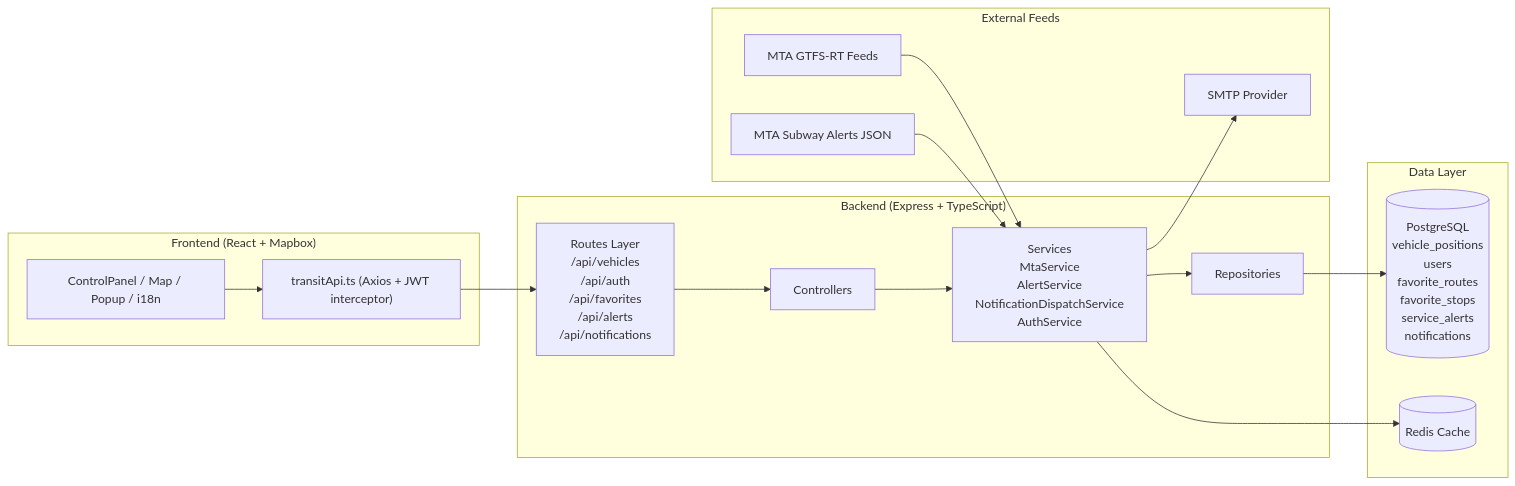
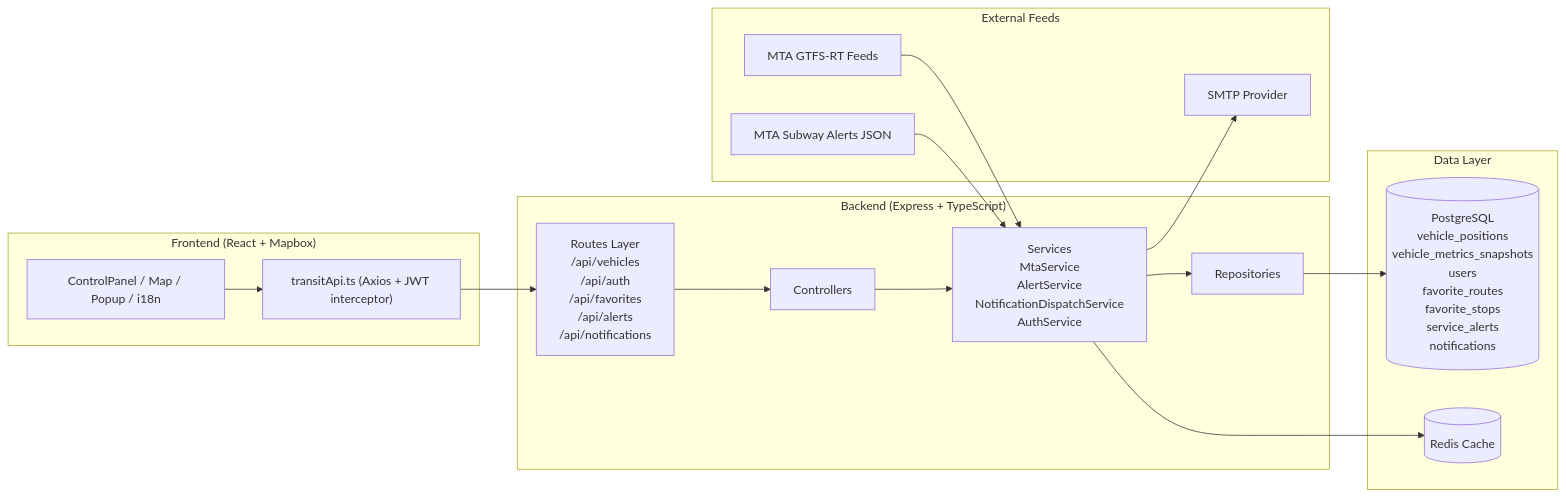
The diagram in docs/architecture.md (Hiro208/CityTrack-Pro), drawn with Mermaid before and after one commit. The commit also changed other lines of this file and 11 other files, not shown here.

````diff
--- a/docs/architecture.md
+++ b/docs/architecture.md
@@ -7,48 +7,49 @@
 ```mermaid
 flowchart LR
     subgraph Client["Frontend (React + Mapbox)"]
         UI["ControlPanel / Map / Popup / i18n"]
         APIClient["transitApi.ts (Axios + JWT interceptor)"]
     end
 
     subgraph Server["Backend (Express + TypeScript)"]
         Routes["Routes Layer
         /api/vehicles
         /api/auth
         /api/favorites
         /api/alerts
         /api/notifications"]
         Controllers["Controllers"]
         Services["Services
         MtaService
         AlertService
         NotificationDispatchService
         AuthService"]
         Repos["Repositories"]
     end
 
     subgraph Data["Data Layer"]
         PG[("PostgreSQL
         vehicle_positions
+        vehicle_metrics_snapshots
         users
         favorite_routes
         favorite_stops
         service_alerts
         notifications")]
         Redis[("Redis Cache")]
     end
 
     subgraph External["External Feeds"]
         GTFS["MTA GTFS-RT Feeds"]
         Alerts["MTA Subway Alerts JSON"]
         SMTP["SMTP Provider"]
     end
 
     UI --> APIClient --> Routes
     Routes --> Controllers --> Services --> Repos --> PG
     Services --> Redis
 
     GTFS --> Services
     Alerts --> Services
     Services --> SMTP
 ```
````
